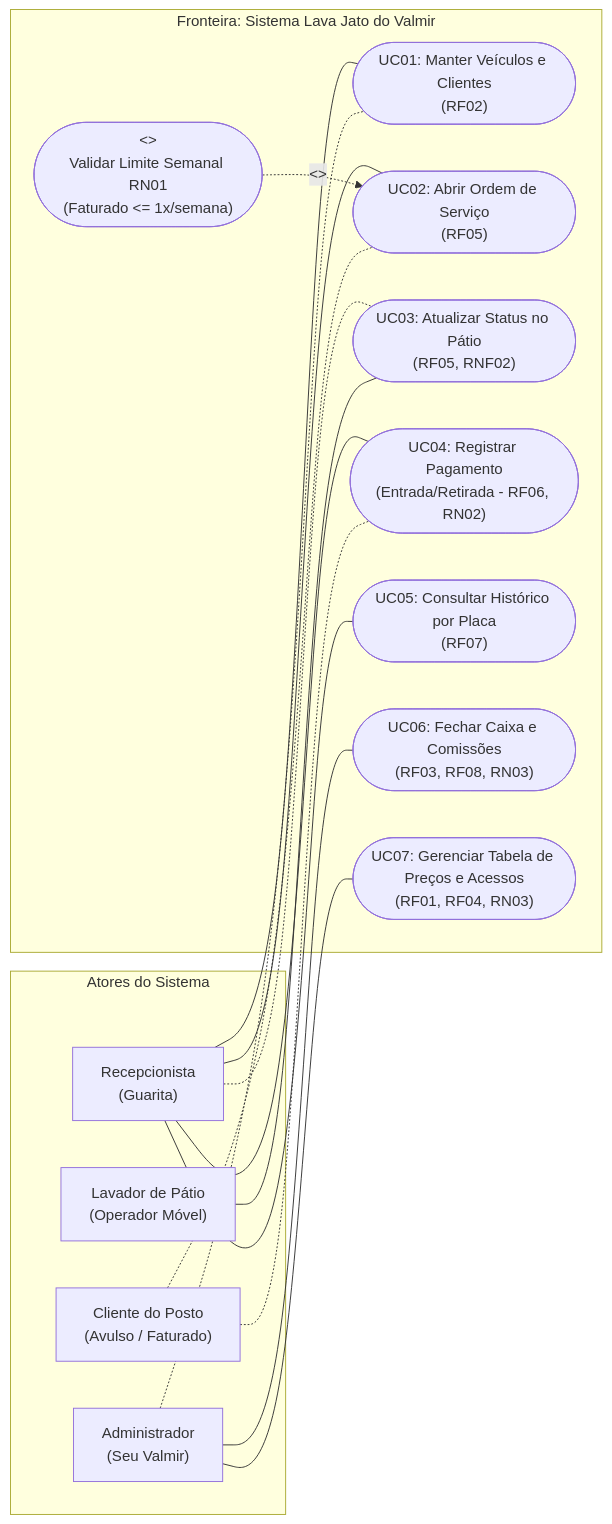
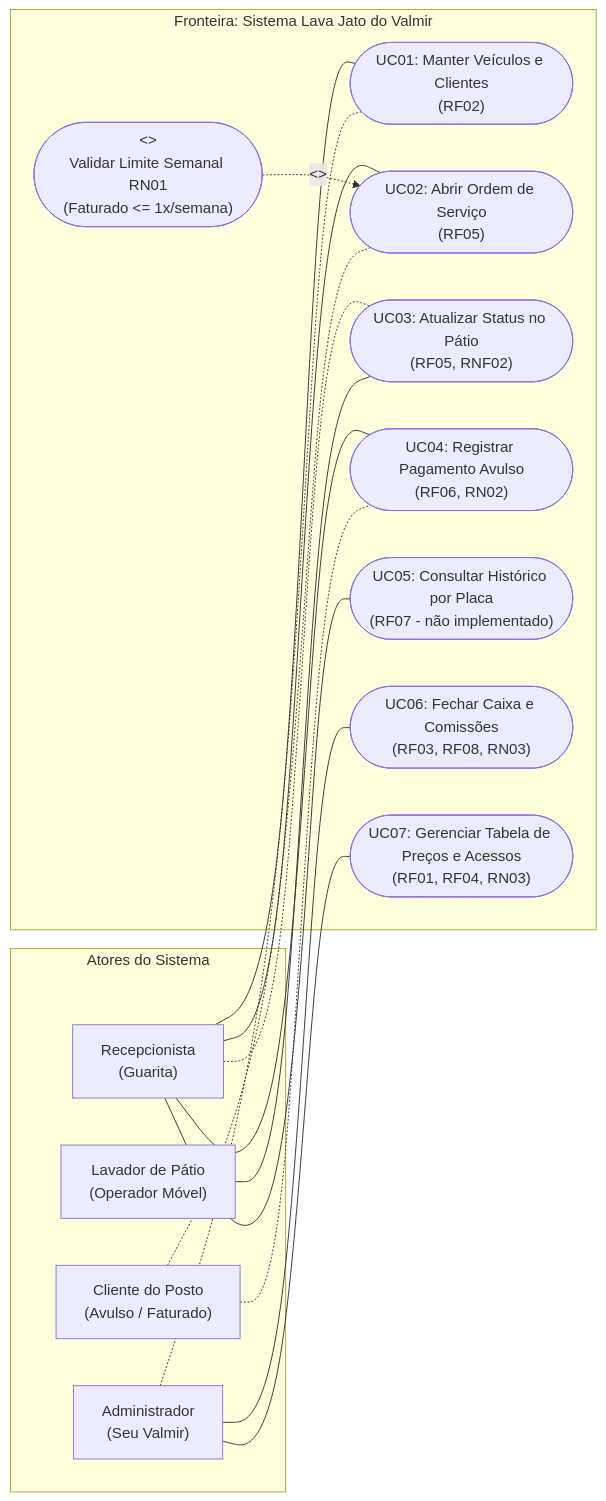
Before and after one commit to ednaldomaciel/projeto_posto_de_lavagem_ciesa: the first of 5 diagrams in docs/diagramas_validacao_stakeholders.md, drawn with Mermaid. The commit also changed other lines of this file and 35 other files, not shown here.

````diff
--- a/docs/diagramas_validacao_stakeholders.md
+++ b/docs/diagramas_validacao_stakeholders.md
@@ -32,36 +32,36 @@
 ```mermaid
 flowchart LR
     subgraph Atores_Primarios["Atores do Sistema"]
         Recepcao["Recepcionista\n(Guarita)"]
         Admin["Administrador\n(Seu Valmir)"]
         Lavador["Lavador de Pátio\n(Operador Móvel)"]
         Cliente["Cliente do Posto\n(Avulso / Faturado)"]
     end
 
     subgraph Sistema["Fronteira: Sistema Lava Jato do Valmir"]
         UC01(["UC01: Manter Veículos e Clientes\n(RF02)"])
         UC02(["UC02: Abrir Ordem de Serviço\n(RF05)"])
         UC_RN01(["<<extend>>\nValidar Limite Semanal RN01\n(Faturado <= 1x/semana)"])
         UC03(["UC03: Atualizar Status no Pátio\n(RF05, RNF02)"])
-        UC04(["UC04: Registrar Pagamento\n(Entrada/Retirada - RF06, RN02)"])
-        UC05(["UC05: Consultar Histórico por Placa\n(RF07)"])
+        UC04(["UC04: Registrar Pagamento Avulso\n(RF06, RN02)"])
+        UC05(["UC05: Consultar Histórico por Placa\n(RF07 - não implementado)"])
         UC06(["UC06: Fechar Caixa e Comissões\n(RF03, RF08, RN03)"])
         UC07(["UC07: Gerenciar Tabela de Preços e Acessos\n(RF01, RF04, RN03)"])
     end
 
     Recepcao --- UC01
     Recepcao --- UC02
     Recepcao --- UC04
     Recepcao --- UC05
     Recepcao -.- UC03
 
     UC_RN01 -.->|"<<extends>>"| UC02
 
     Lavador --- UC03
     Cliente -.- UC02
     Cliente -.- UC04
 
     Admin --- UC06
     Admin --- UC07
     Admin -.- UC01
 ```
````
